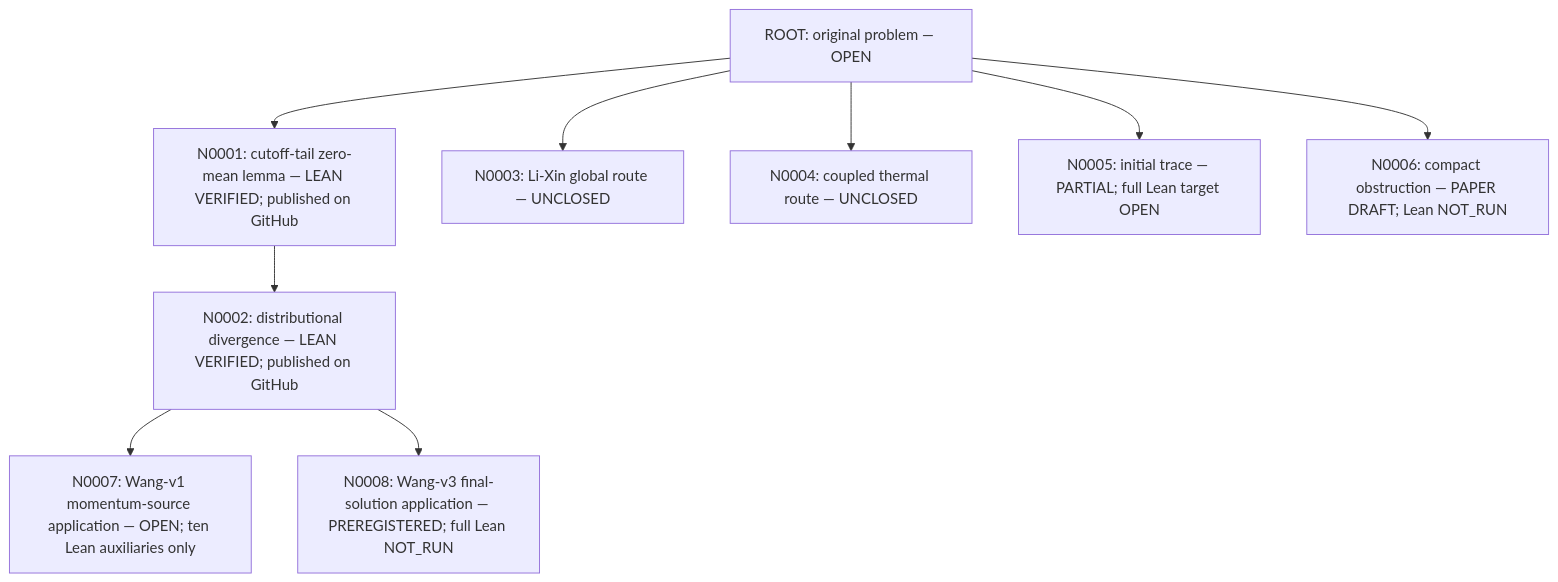
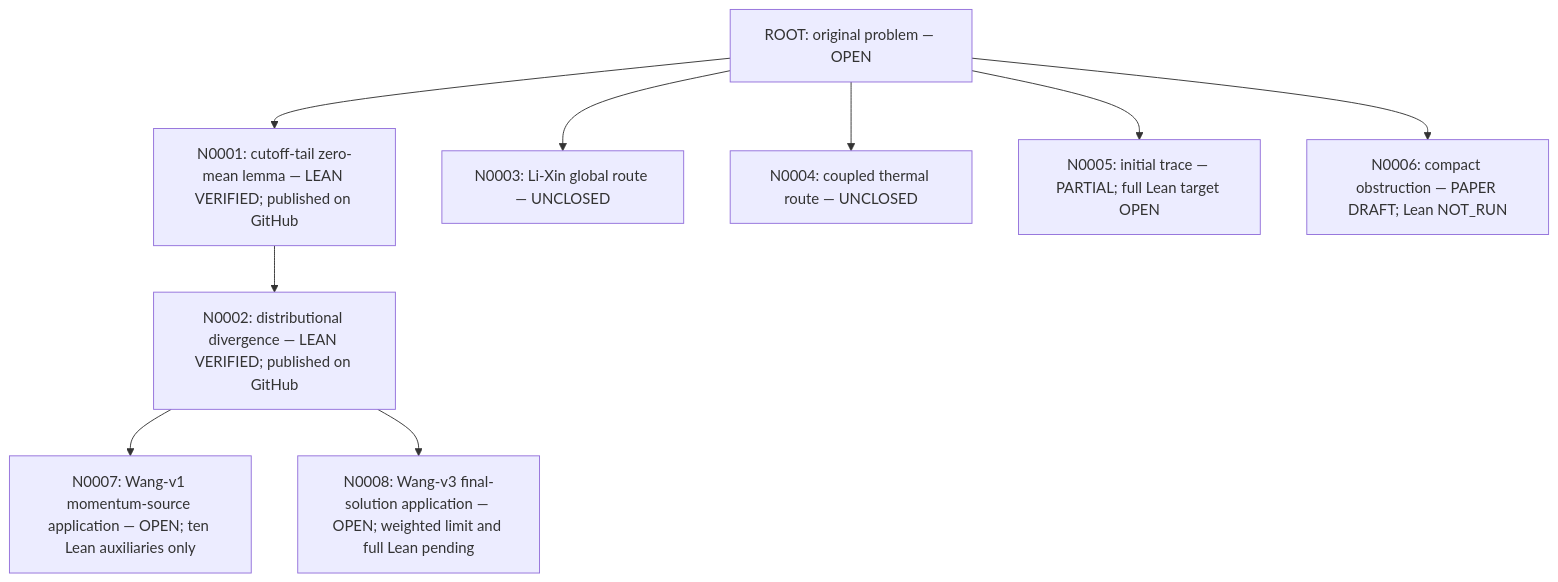
One commit to SongXin2357/xiong-fns-general-vacuum changed the diagram in README.md. Above: the diagram before and after it, drawn with Mermaid. The commit also changed 11 other files, not shown here.

Commit message:
Record N0008 momentum-anchor bridge and open Lean gate

````diff
--- a/README.md
+++ b/README.md
@@ -9,11 +9,11 @@
 ```mermaid
 flowchart TD
  ROOT["ROOT: original problem — OPEN"] --> N0001["N0001: cutoff-tail zero-mean lemma — LEAN VERIFIED; published on GitHub"]
  N0001 --> N0002["N0002: distributional divergence — LEAN VERIFIED; published on GitHub"]
  N0002 --> N0007["N0007: Wang-v1 momentum-source application — OPEN; ten Lean auxiliaries only"]
- N0002 --> N0008["N0008: Wang-v3 final-solution application — PREREGISTERED; full Lean NOT_RUN"]
+ N0002 --> N0008["N0008: Wang-v3 final-solution application — OPEN; weighted limit and full Lean pending"]
  ROOT --> N0003["N0003: Li-Xin global route — UNCLOSED"]
  ROOT --> N0004["N0004: coupled thermal route — UNCLOSED"]
  ROOT --> N0005["N0005: initial trace — PARTIAL; full Lean target OPEN"]
  ROOT --> N0006["N0006: compact obstruction — PAPER DRAFT; Lean NOT_RUN"]
 ```
````
